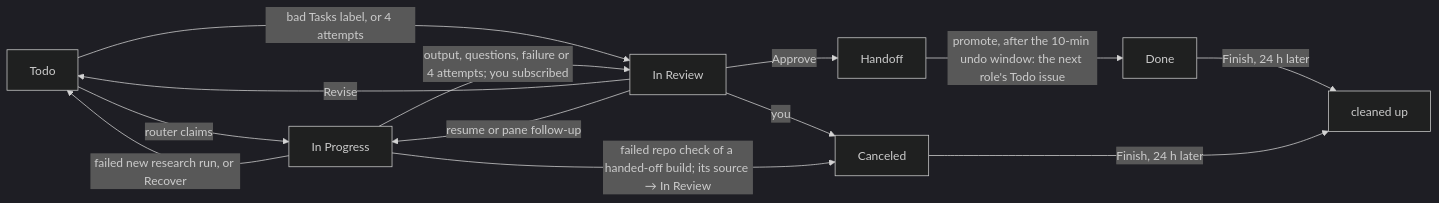
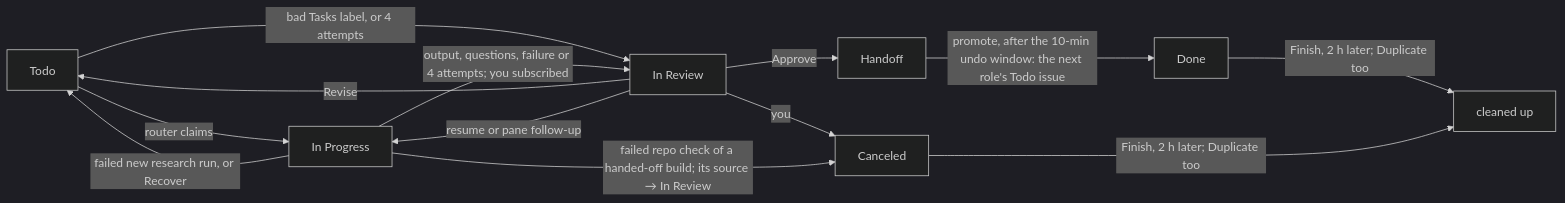
Before and after one commit to ophis/agent-pm: the first of 4 diagrams in docs/board.md, drawn with Mermaid (dark theme). The commit also changed other lines of this file and 11 other files, not shown here.

````diff
--- a/docs/board.md
+++ b/docs/board.md
@@ -61,14 +61,14 @@
 ```mermaid
 flowchart LR
     T[Todo] -->|router claims| P[In Progress]
     T -->|"bad Tasks label, or 4 attempts"| R[In Review]
     P -->|"output, questions, failure or 4 attempts; you subscribed"| R
     P -->|"failed new research run, or Recover"| T
     R -->|Approve| H[Handoff]
     R -->|Revise| T
     R -->|"resume or pane follow-up"| P
     R -->|you| C[Canceled]
     P -->|"failed repo check of a handed-off build; its source → In Review"| C
     H -->|"promote, after the 10-min undo window: the next role's Todo issue"| D[Done]
-    D & C -->|"Finish, 24 h later"| X[cleaned up]
+    D & C -->|"Finish, 2 h later; Duplicate too"| X[cleaned up]
 ```
````
